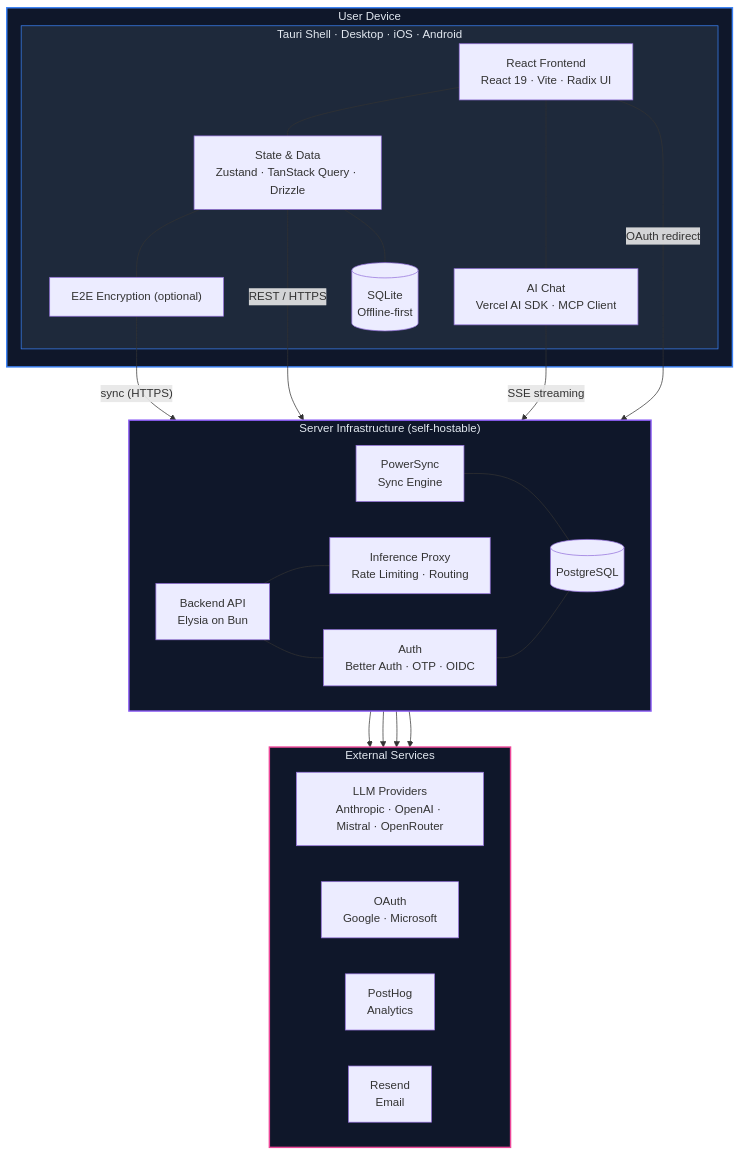
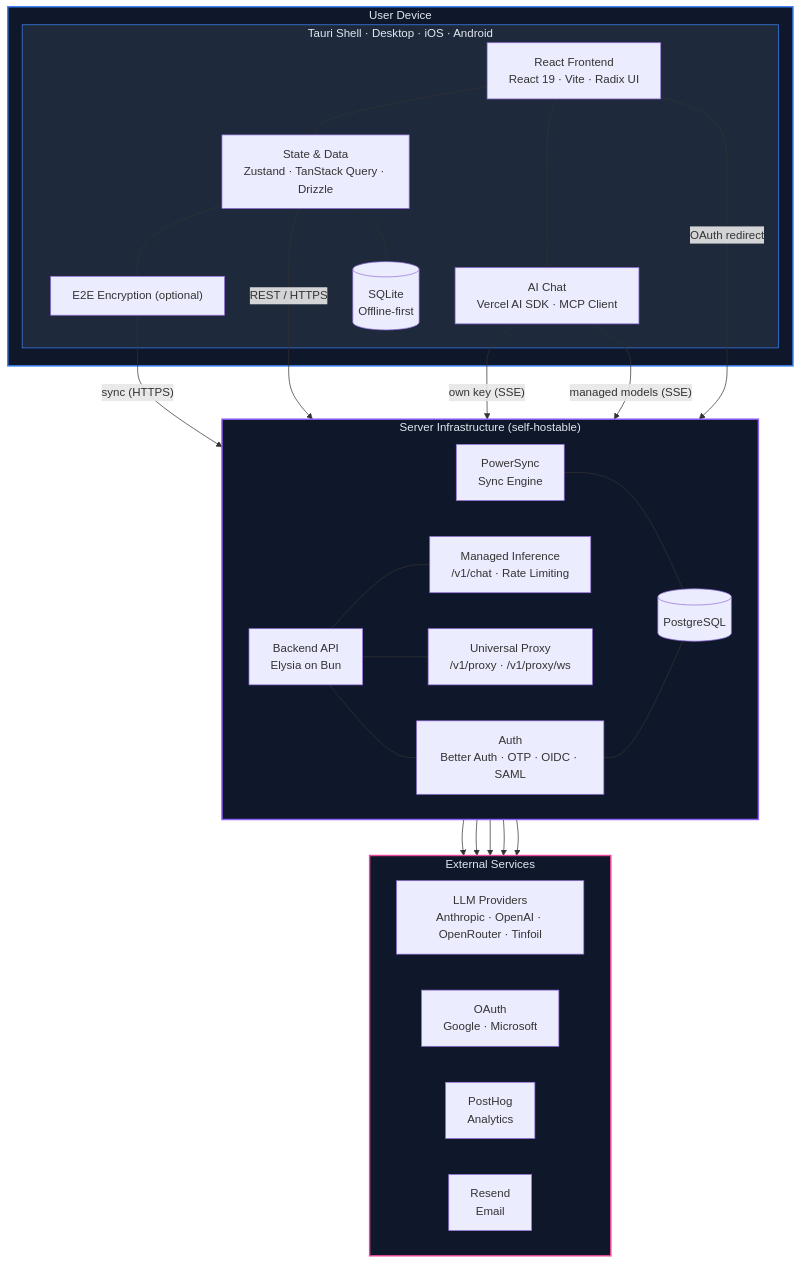
One commit to thunderbird/thunderbolt changed the diagram in docs/architecture/README.md. Above: the diagram before and after it, drawn with Mermaid. The commit also changed other lines of this file and 96 other files, not shown here.

````diff
--- a/docs/architecture/README.md
+++ b/docs/architecture/README.md
@@ -15,54 +15,58 @@
 ```mermaid
 graph TB
   subgraph LOCAL["User Device"]
     subgraph TAURI["Tauri Shell · Desktop · iOS · Android"]
       UI["React Frontend<br/>React 19 · Vite · Radix UI"]
       STATE["State & Data<br/>Zustand · TanStack Query · Drizzle"]
       AI["AI Chat<br/>Vercel AI SDK · MCP Client"]
       CRYPTO["E2E Encryption (optional)"]
       SQLITE[("SQLite<br/>Offline-first")]
 
       UI --- STATE
       UI --- AI
       STATE --- SQLITE
       STATE --- CRYPTO
     end
   end
 
   subgraph SERVER["Server Infrastructure (self-hostable)"]
     direction LR
     API["Backend API<br/>Elysia on Bun"]
-    AUTH["Auth<br/>Better Auth · OTP · OIDC"]
-    INFERENCE["Inference Proxy<br/>Rate Limiting · Routing"]
+    AUTH["Auth<br/>Better Auth · OTP · OIDC · SAML"]
+    PROXY["Universal Proxy<br/>/v1/proxy · /v1/proxy/ws"]
+    INFERENCE["Managed Inference<br/>/v1/chat · Rate Limiting"]
     PS["PowerSync<br/>Sync Engine"]
     PG[("PostgreSQL")]
 
     API --- AUTH
     API --- INFERENCE
+    API --- PROXY
     PS --- PG
     AUTH --- PG
   end
 
   subgraph EXTERNAL["External Services"]
     direction LR
-    LLM["LLM Providers<br/>Anthropic · OpenAI · Mistral · OpenRouter"]
+    LLM["LLM Providers<br/>Anthropic · OpenAI · OpenRouter · Tinfoil"]
     OAUTH["OAuth<br/>Google · Microsoft"]
     POSTHOG["PostHog<br/>Analytics"]
     RESEND["Resend<br/>Email"]
   end
 
   CRYPTO -- "sync (HTTPS)" --> PS
   STATE -- "REST / HTTPS" --> API
-  AI -- "SSE streaming" --> INFERENCE
+  AI -- "own key (SSE)" --> PROXY
+  AI -- "managed models (SSE)" --> INFERENCE
   UI -- "OAuth redirect" --> AUTH
 
+  PROXY --> LLM
   INFERENCE --> LLM
   AUTH --> OAUTH
   API --> POSTHOG
   API --> RESEND
 
   style LOCAL fill:#0f172a,stroke:#3b82f6,stroke-width:2px,color:#e2e8f0
   style TAURI fill:#1e293b,stroke:#3b82f6,stroke-width:1px,color:#e2e8f0
   style SERVER fill:#0f172a,stroke:#8b5cf6,stroke-width:2px,color:#e2e8f0
   style EXTERNAL fill:#0f172a,stroke:#ec4899,stroke-width:2px,color:#e2e8f0
 ```
````
